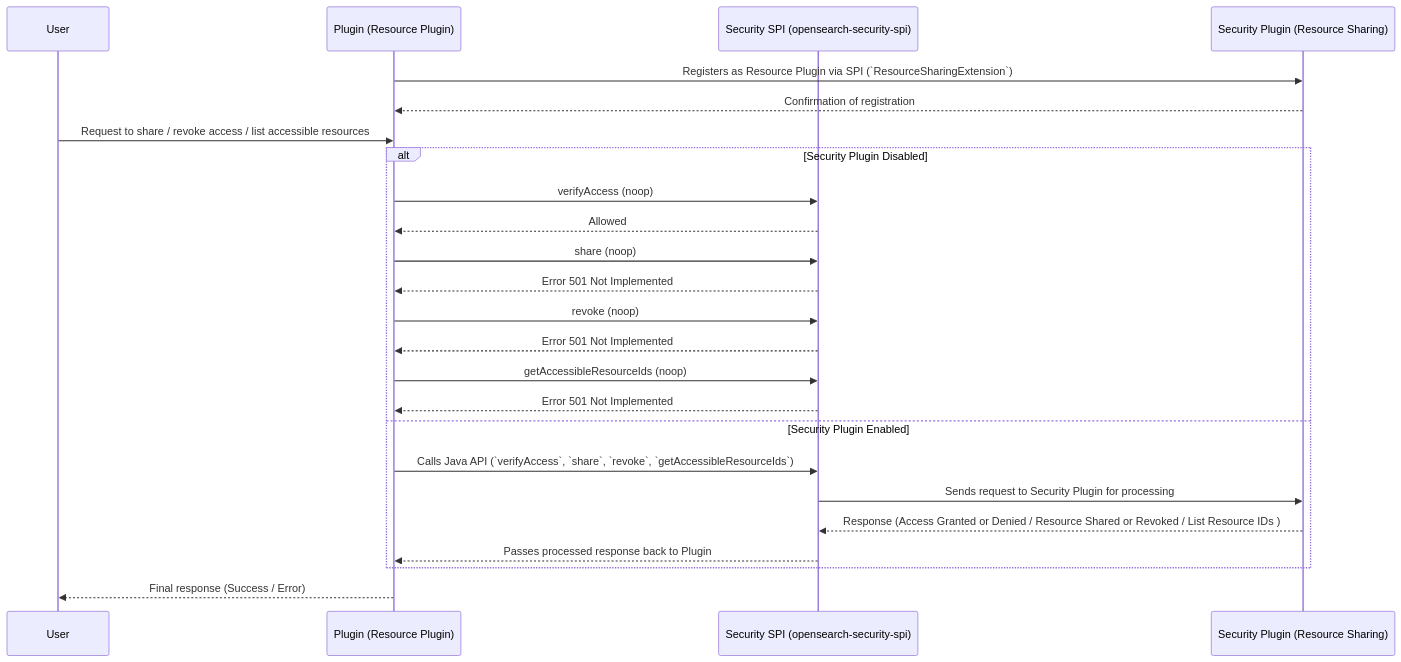
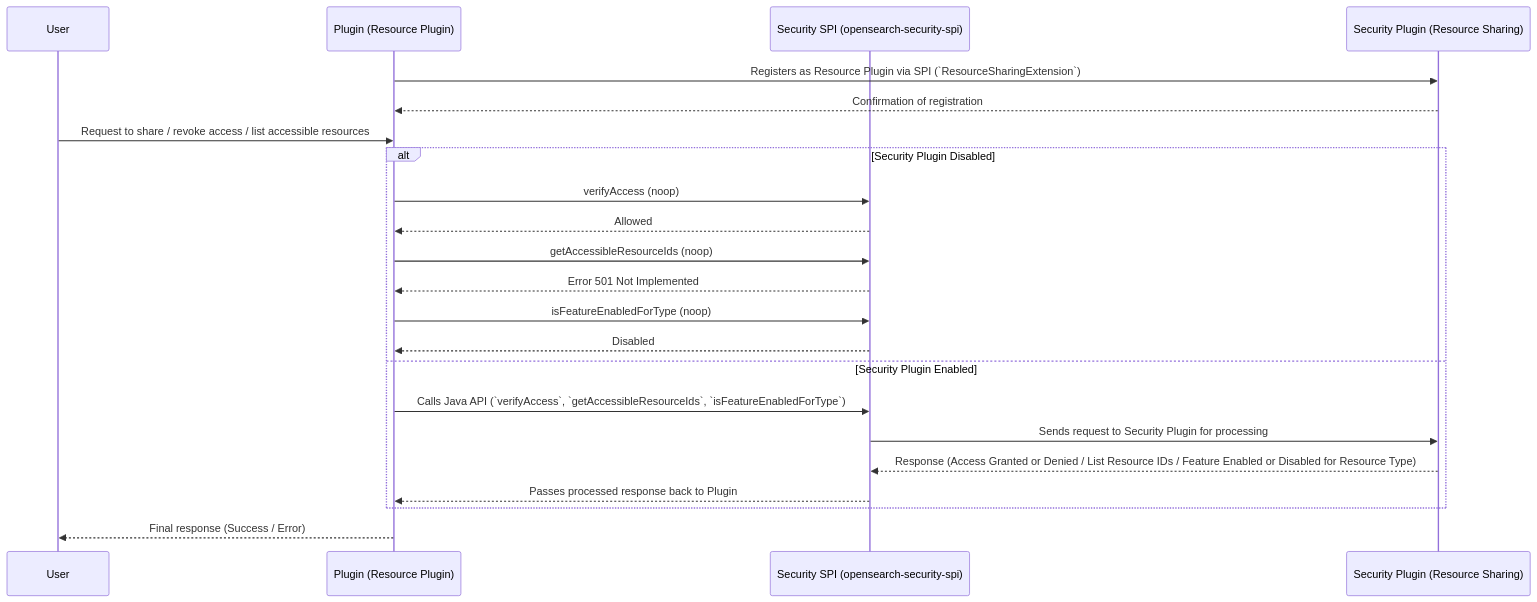
The diagram in RESOURCE_SHARING_AND_ACCESS_CONTROL.md (opensearch-project/security), drawn with Mermaid before and after one commit. The commit also changed other lines of this file and 7 other files, not shown here.

Commit message:
Removes share and revoke java APIs

````diff
--- a/RESOURCE_SHARING_AND_ACCESS_CONTROL.md
+++ b/RESOURCE_SHARING_AND_ACCESS_CONTROL.md
@@ -369,47 +331,44 @@
 ```mermaid
 sequenceDiagram
     participant User as User
     participant Plugin as Plugin (Resource Plugin)
     participant SPI as Security SPI (opensearch-security-spi)
     participant Security as Security Plugin (Resource Sharing)
 
     %% Step 1: Plugin registers itself as a Resource Plugin
     Plugin ->> Security: Registers as Resource Plugin via SPI (`ResourceSharingExtension`)
     Security -->> Plugin: Confirmation of registration
 
-    %% Step 2: User interacts with Plugin API
+    %% Step 2: User interacts with Plugin + Security APIs
     User ->> Plugin: Request to share / revoke access / list accessible resources
 
     %% Alternative flow based on Security Plugin status
     alt Security Plugin Disabled
 
     %% For verify: return allowed
       Plugin ->> SPI: verifyAccess (noop)
       SPI -->> Plugin: Allowed
-    %% For share, revoke, and list: return 501 Not Implemented
-      Plugin ->> SPI: share (noop)
-      SPI -->> Plugin: Error 501 Not Implemented
-
-      Plugin ->> SPI: revoke (noop)
-      SPI -->> Plugin: Error 501 Not Implemented
-
+    %% For list: return 501 Not Implemented
       Plugin ->> SPI: getAccessibleResourceIds (noop)
       SPI -->> Plugin: Error 501 Not Implemented
+    %% For feature enabled check: return Disabled since security is disabled
+      Plugin ->> SPI: isFeatureEnabledForType (noop)
+      SPI -->> Plugin: Disabled
 
     else Security Plugin Enabled
     %% Step 3: Plugin calls Java APIs declared by ResourceSharingClient
-      Plugin ->> SPI: Calls Java API (`verifyAccess`, `share`, `revoke`, `getAccessibleResourceIds`)
+      Plugin ->> SPI: Calls Java API (`verifyAccess`, `getAccessibleResourceIds`, `isFeatureEnabledForType`)
 
     %% Step 4: Request is sent to Security Plugin
       SPI ->> Security: Sends request to Security Plugin for processing
 
     %% Step 5: Security Plugin handles request and returns response
-      Security -->> SPI: Response (Access Granted or Denied / Resource Shared or Revoked / List Resource IDs )
+      Security -->> SPI: Response (Access Granted or Denied / List Resource IDs / Feature Enabled or Disabled for Resource Type)
 
     %% Step 6: Security SPI sends response back to Plugin
       SPI -->> Plugin: Passes processed response back to Plugin
     end
 
     %% Step 7: Plugin processes response and sends final response to User
     Plugin -->> User: Final response (Success / Error)
 ```
````
